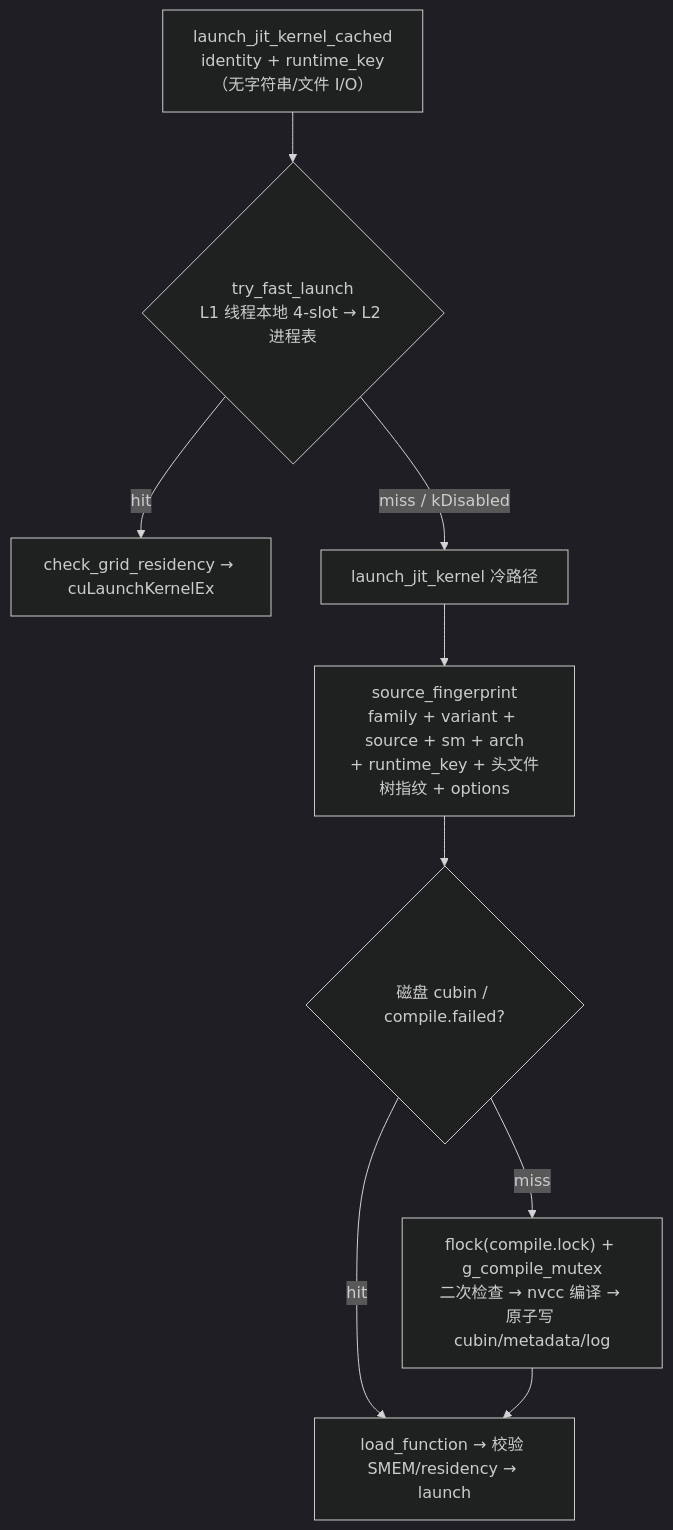
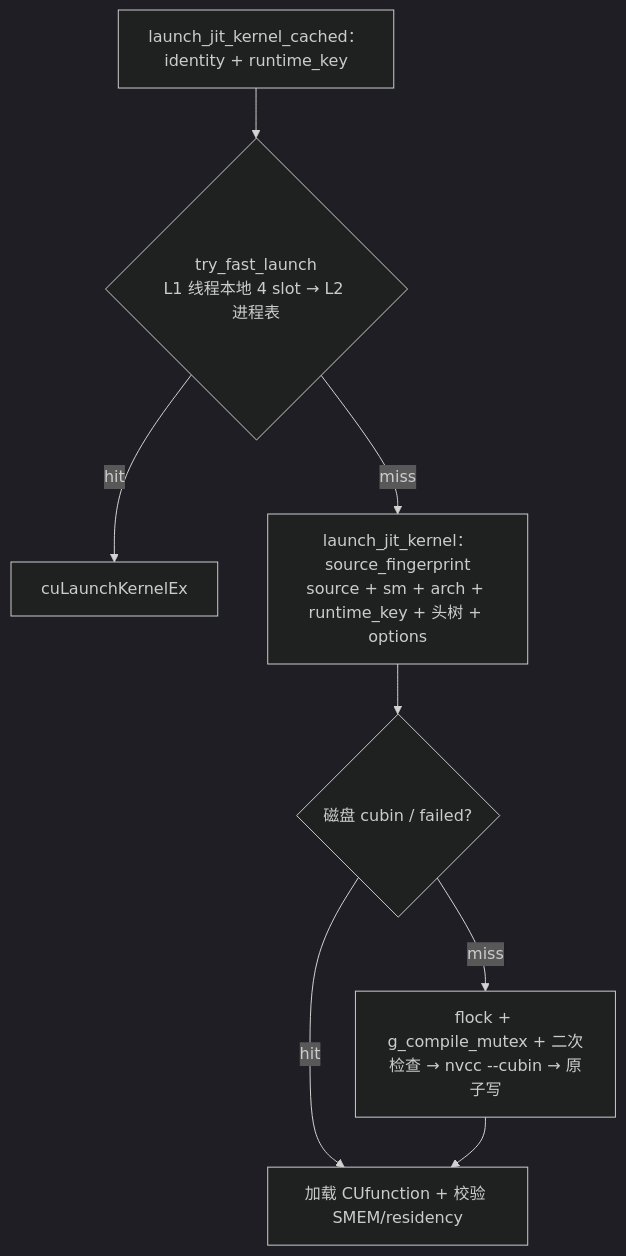
The ninth of 9 diagrams in nccl_ep/docs/design_overview.md (s0okiym/nccl-extensions), drawn with Mermaid (dark theme) before and after one commit. The commit also changed other lines of this file, not shown here.

````diff
--- a/nccl_ep/docs/design_overview.md
+++ b/nccl_ep/docs/design_overview.md
@@ -481,11 +364,10 @@
 ```mermaid
 flowchart TD
-  A["launch_jit_kernel_cached<br/>identity + runtime_key（无字符串/文件 I/O）"] --> B{"try_fast_launch<br/>L1 线程本地 4-slot → L2 进程表"}
-  B -->|hit| C["check_grid_residency → cuLaunchKernelEx"]
-  B -->|miss / kDisabled| D["launch_jit_kernel 冷路径"]
-  D --> E["source_fingerprint<br/>family + variant + source + sm + arch<br/>+ runtime_key + 头文件树指纹 + options"]
-  E --> F{"磁盘 cubin / compile.failed?"}
-  F -->|hit| G["load_function → 校验 SMEM/residency → launch"]
-  F -->|miss| H["flock(compile.lock) + g_compile_mutex<br/>二次检查 → nvcc 编译 → 原子写 cubin/metadata/log"]
-  H --> G
+  A["launch_jit_kernel_cached：identity + runtime_key"] --> B{"try_fast_launch<br/>L1 线程本地 4 slot → L2 进程表"}
+  B -->|hit| C["cuLaunchKernelEx"]
+  B -->|miss| D["launch_jit_kernel：source_fingerprint<br/>source + sm + arch + runtime_key + 头树 + options"]
+  D --> E{"磁盘 cubin / failed?"}
+  E -->|hit| F["加载 CUfunction + 校验 SMEM/residency"]
+  E -->|miss| G["flock + g_compile_mutex + 二次检查 → nvcc --cubin → 原子写"]
+  G --> F
 ```
````
